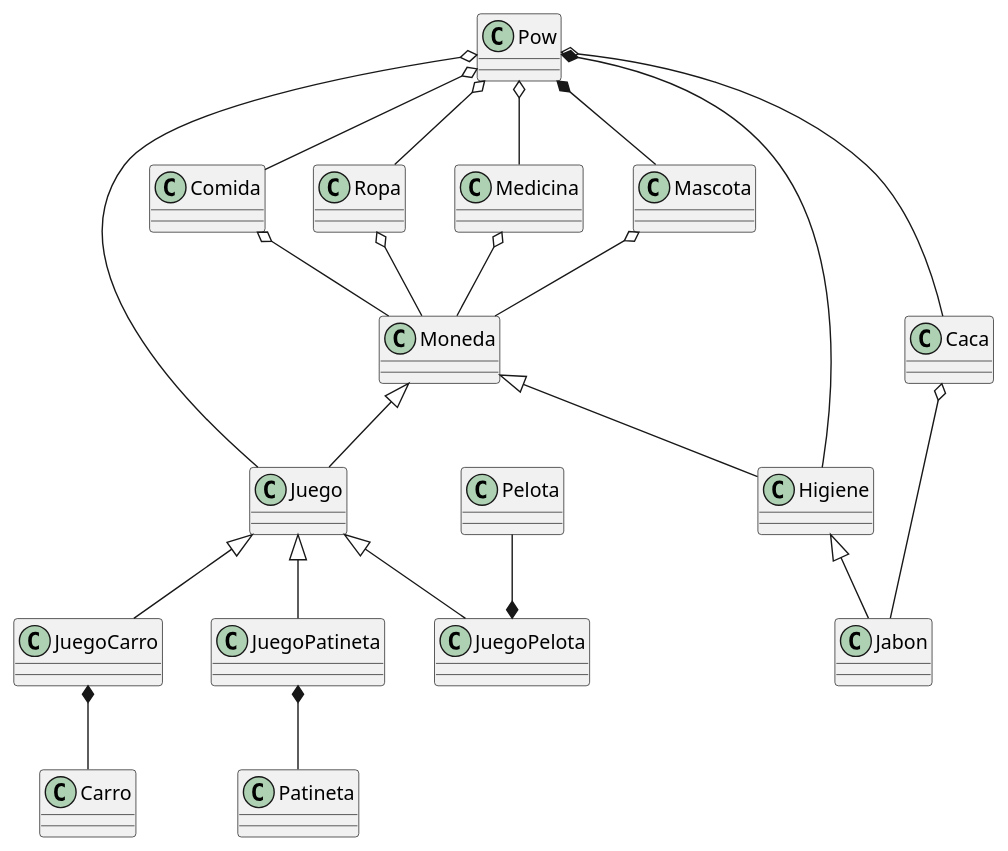
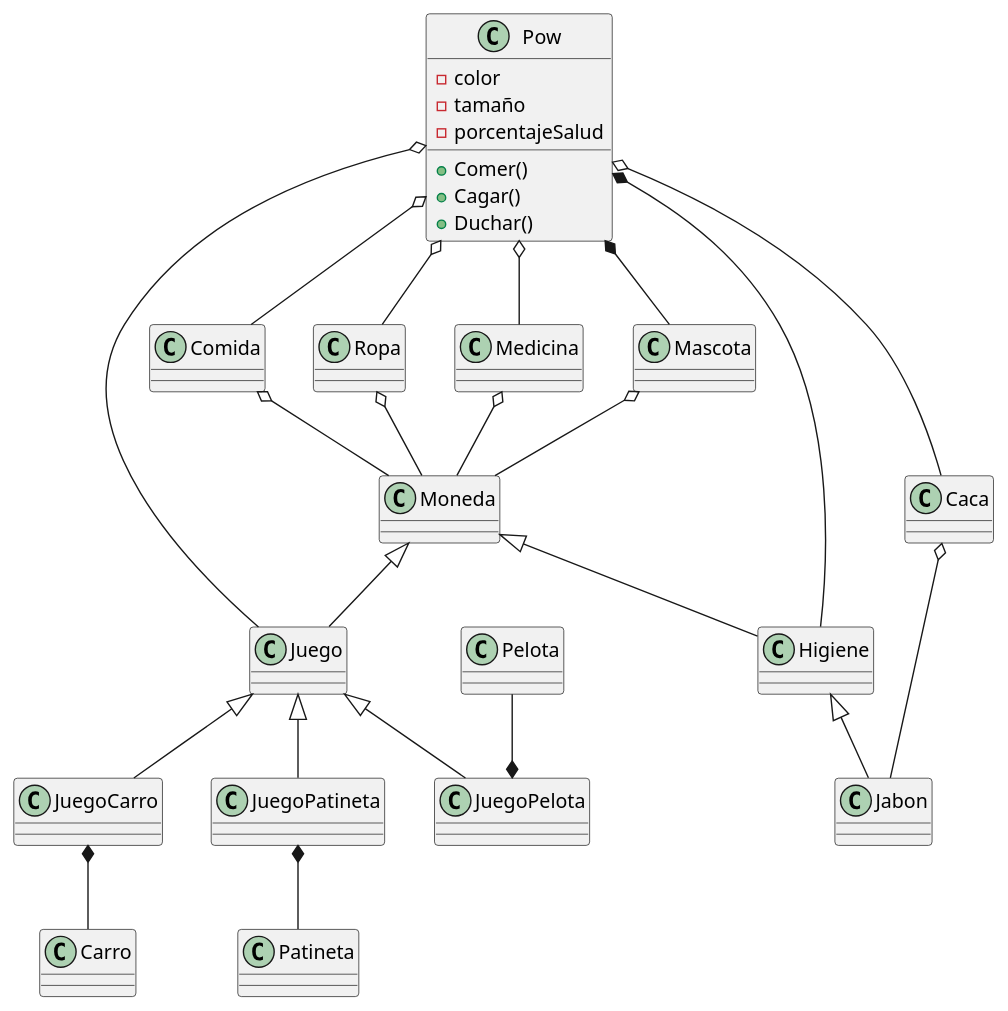
Before and after one commit to Alan-Dorantes/Hola-Mundo: the diagram in docs/pow.puml, drawn with PlantUML. The commit also changed 3 other files, not shown here.

```diff
--- a/docs/pow.puml
+++ b/docs/pow.puml
@@ -1,43 +1,49 @@
 @startuml pow
 
-class Pow
+class Pow{
+    - color
+    - tamaño
+    - porcentajeSalud
+    + Comer()
+    + Cagar()
+    + Duchar()
+}
 class Juego
 class JuegoPelota
 class Pelota
 class Comida
 class Ropa
 class Higiene
 class Patineta 
 class Medicina
 class Caca 
 class Carro 
 class Moneda
 class JuegoCarro
 class JuegoPatineta
 Class Mascota
 Class Jabon
 
 Pow o-- Juego
 Mascota o-- Moneda
 Comida o-- Moneda
 Medicina o-- Moneda
 Ropa o-- Moneda
 Pow o-- Caca
 Pow o-- Ropa 
 Pow o-- Comida 
 Pow o-- Medicina 
 Caca o-- Jabon
 Pow *-- Mascota
 JuegoPatineta *-- Patineta 
 Pelota --* JuegoPelota
 JuegoCarro *-- Carro
 Pow *-- Higiene
 Higiene <|-- Jabon
 Juego <|-- JuegoPelota
 Moneda <|-- Higiene
 Juego <|-- JuegoPatineta
 Juego <|-- JuegoCarro
 Moneda <|-- Juego
 
-
 @enduml
```
